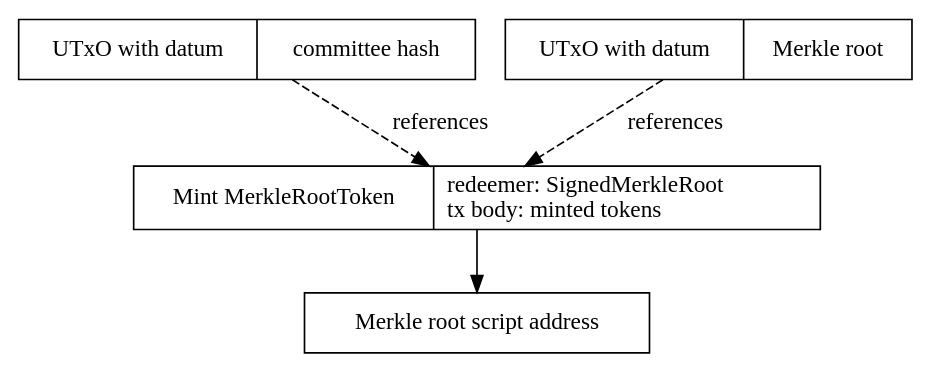
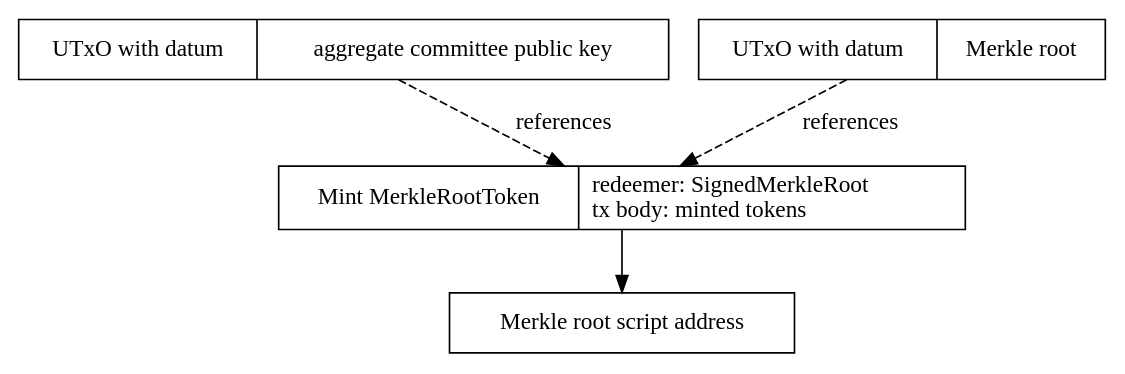
One commit to input-output-hk/partner-chains-smart-contracts changed the diagram in docs/Spec/MerkleRoot.dot. Above: the diagram before and after it, drawn with Graphviz. The commit also changed 10 other files, not shown here.

```diff
--- a/docs/Spec/MerkleRoot.dot
+++ b/docs/Spec/MerkleRoot.dot
@@ -1,28 +1,28 @@
 strict digraph {
   node [shape=record]
 
 //  atmsVKey [
 //    label = "UTxO with datum | ATMS verification key"
 //    ]
 
   atmsVKey [
-    label = "UTxO with datum | committee hash"
+    label = "UTxO with datum | aggregate committee public key"
     ]
 
   lastMerkleRoot [
     label = "UTxO with datum | Merkle root"
     ]
 
   mintToken [label =
     "Mint MerkleRootToken |
       redeemer: SignedMerkleRoot \l
       tx body: minted tokens\l
     "]
 
   merkleRootAddr [label = "Merkle root script address"]
 
   atmsVKey -> mintToken [style = dashed, label = "references"]
   lastMerkleRoot -> mintToken [style = dashed, label = "references"]
   mintToken -> merkleRootAddr
 
 }
```
